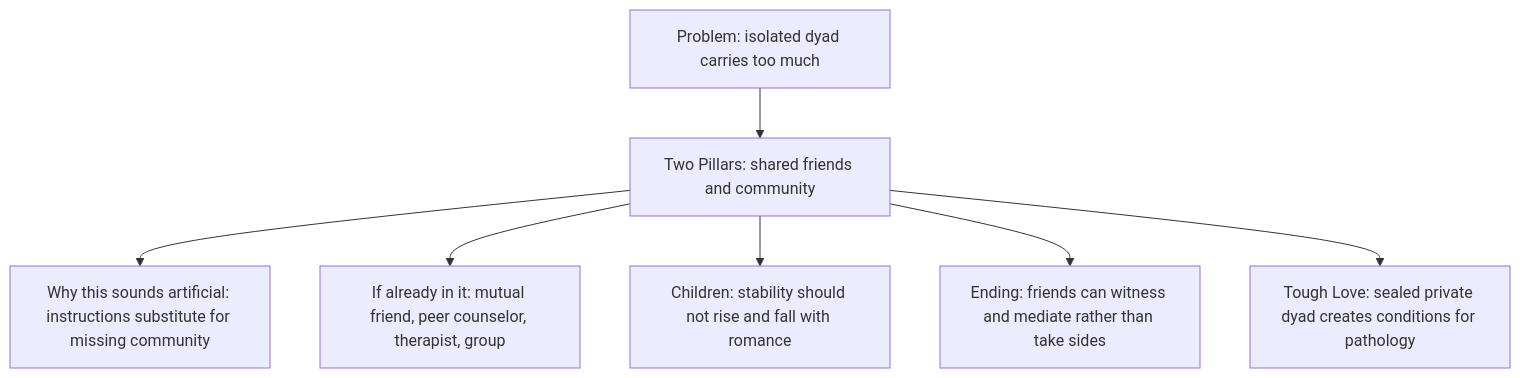
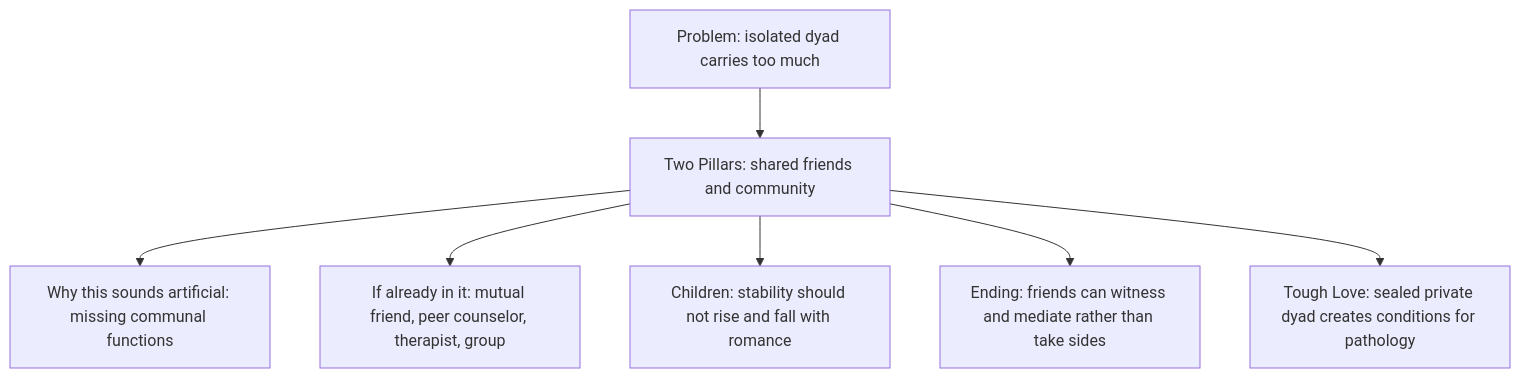
One commit to u-dont-existDOTcom/pangram-humanization-lab changed the third of 3 diagrams in work/romance-current-assembly/ARCHITECTURE.md. Above: the diagram before and after it, drawn with Mermaid. The commit also changed other lines of this file, not shown here.

````diff
--- a/work/romance-current-assembly/ARCHITECTURE.md
+++ b/work/romance-current-assembly/ARCHITECTURE.md
@@ -48,17 +52,17 @@
 ```mermaid
 flowchart TD
     dyad["Problem: isolated dyad carries too much"]
     pillars["Two Pillars: shared friends and community"]
-    conscious["Why this sounds artificial: instructions substitute for missing community"]
+    conscious["Why this sounds artificial: missing communal functions"]
     already["If already in it: mutual friend, peer counselor, therapist, group"]
     children["Children: stability should not rise and fall with romance"]
     ending["Ending: friends can witness and mediate rather than take sides"]
     tough["Tough Love: sealed private dyad creates conditions for pathology"]
 
     dyad --> pillars
     pillars --> conscious
     pillars --> already
     pillars --> children
     pillars --> ending
     pillars --> tough
 ```
````
